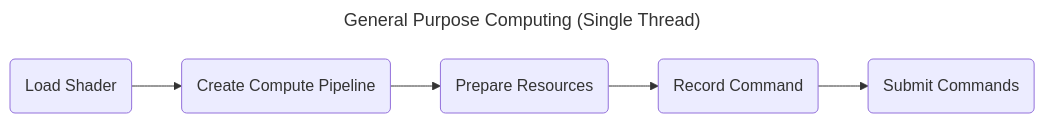
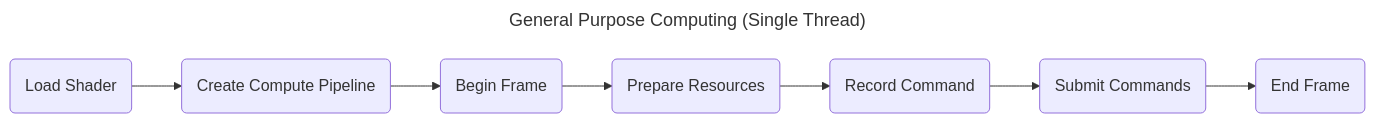
The second of 3 diagrams in README.md (ozguronsoy/HephGL), drawn with Mermaid before and after one commit. The commit also changed other lines of this file and 9 other files, not shown here.

````diff
--- a/README.md
+++ b/README.md
@@ -124,10 +124,12 @@
 ```mermaid
 ---
 title: General Purpose Computing (Single Thread)
 ---
 graph LR;
     A(Load Shader) --> B(Create Compute Pipeline);
-    B --> C(Prepare Resources)
-    C --> D(Record Command)
-    D --> E(Submit Commands)
+    B --> C(Begin Frame)
+    C --> D(Prepare Resources)
+    D --> E(Record Command)
+    E --> F(Submit Commands)
+    F --> G(End Frame)
 ```
````
